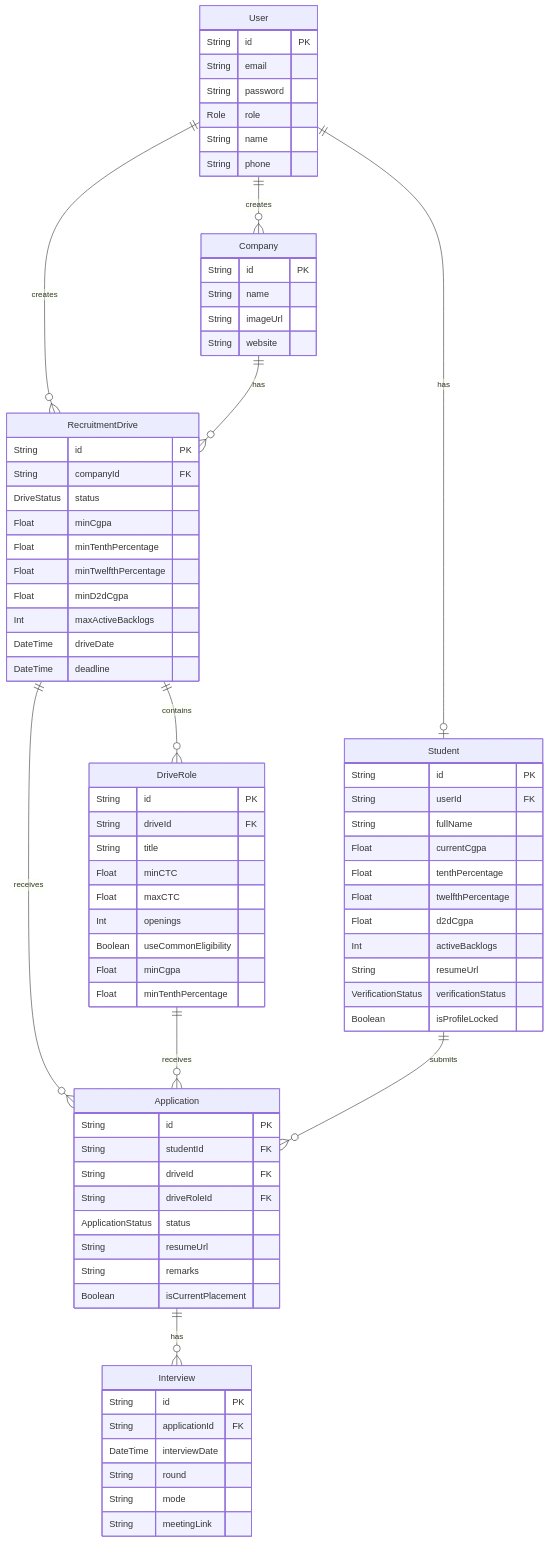
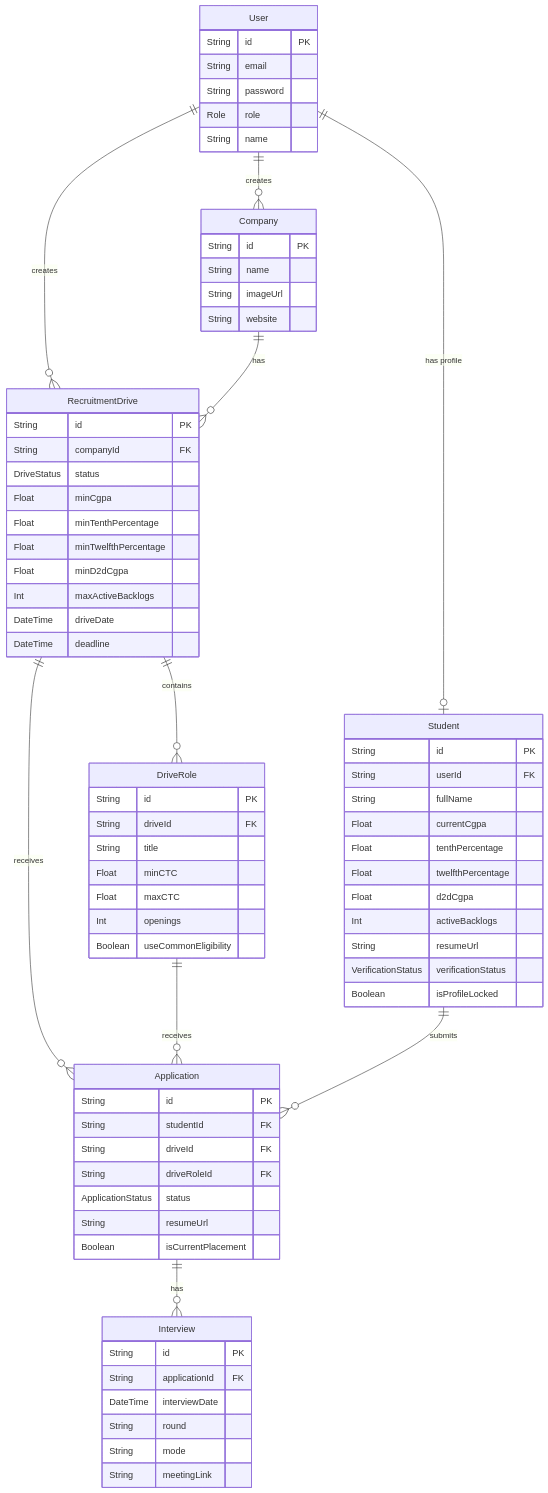
One commit to paldhaduk7-png/Mini-Placement-Portal changed the third of 11 diagrams in README.md. Above: the diagram before and after it, drawn with Mermaid. The commit also changed other lines of this file, not shown here.

Commit message:
docs: Improve README diagrams and workflow explanations

```diff
--- a/README.md
+++ b/README.md
@@ -250,9 +270,7 @@
         String password
         Role role
         String name
-        String phone
     }
-
     Student {
         String id PK
         String userId FK
@@ -266,14 +284,12 @@
         VerificationStatus verificationStatus
         Boolean isProfileLocked
     }
-
     Company {
         String id PK
         String name
         String imageUrl
         String website
     }
-
     RecruitmentDrive {
         String id PK
         String companyId FK
@@ -286,7 +302,6 @@
         DateTime driveDate
         DateTime deadline
     }
-
     DriveRole {
         String id PK
         String driveId FK
@@ -295,10 +310,7 @@
         Float maxCTC
         Int openings
         Boolean useCommonEligibility
-        Float minCgpa
-        Float minTenthPercentage
     }
-
     Application {
         String id PK
         String studentId FK
@@ -306,10 +318,8 @@
         String driveRoleId FK
         ApplicationStatus status
         String resumeUrl
-        String remarks
         Boolean isCurrentPlacement
     }
-
     Interview {
         String id PK
         String applicationId FK
@@ -319,7 +329,7 @@
         String meetingLink
     }
 
-    User ||--o| Student : "has"
+    User ||--o| Student : "has profile"
     User ||--o{ RecruitmentDrive : "creates"
     User ||--o{ Company : "creates"
     Company ||--o{ RecruitmentDrive : "has"
```
